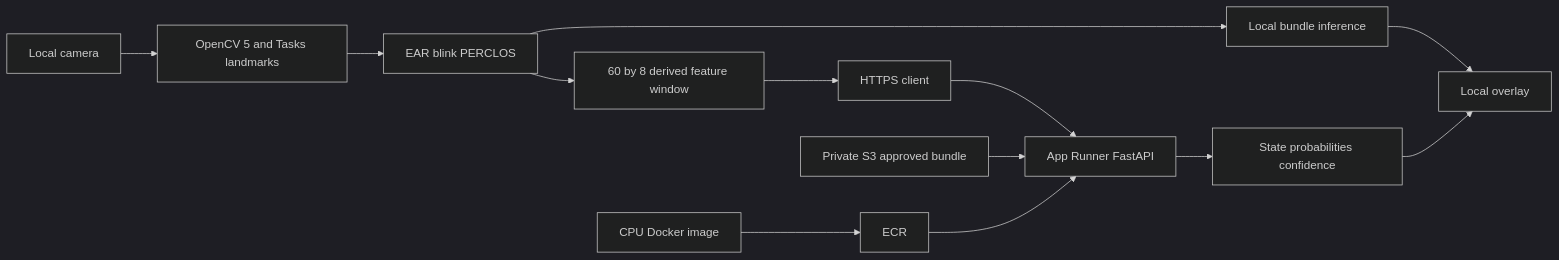
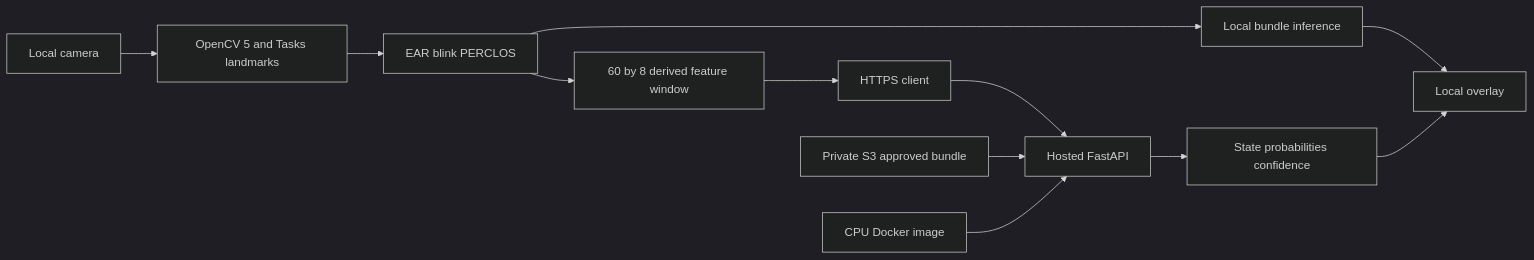
The third of 3 diagrams in docs/architecture.md (phoclosm/vigil-drowsiness-detection), drawn with Mermaid (dark theme) before and after one commit. The commit also changed other lines of this file and 5 other files, not shown here.

````diff
--- a/docs/architecture.md
+++ b/docs/architecture.md
@@ -118,15 +118,14 @@
 ```mermaid
 flowchart LR
     camera[Local camera] --> cv[OpenCV 5 and Tasks landmarks]
     cv --> features[EAR blink PERCLOS]
     features --> local[Local bundle inference]
     features --> window[60 by 8 derived feature window]
     window --> https[HTTPS client]
-    https --> api[App Runner FastAPI]
+    https --> api[Hosted FastAPI]
     s3[Private S3 approved bundle] --> api
     api --> state[State probabilities confidence]
     local --> overlay[Local overlay]
     state --> overlay
-    image[CPU Docker image] --> ecr[ECR]
-    ecr --> api
+    image[CPU Docker image] --> api
 ```
````
